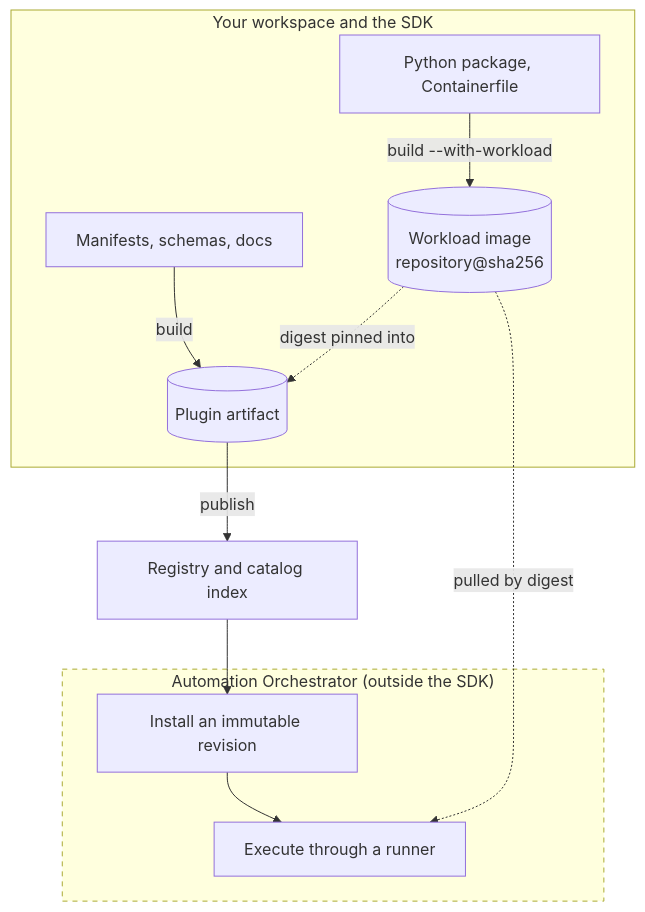
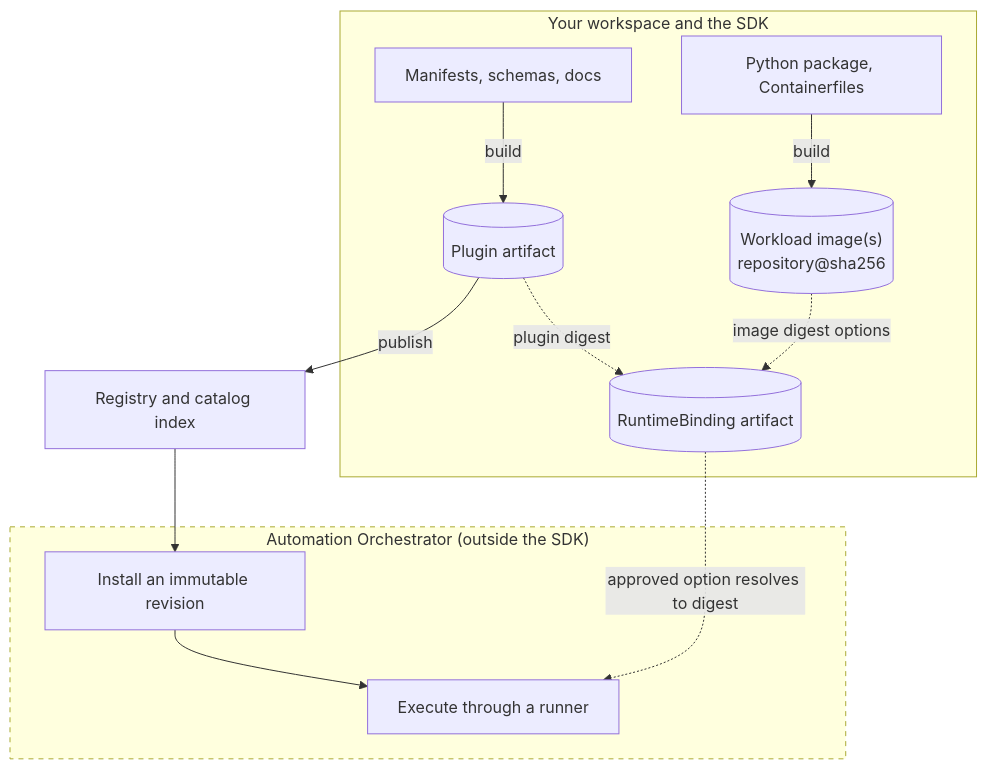
The ninth of 9 diagrams in docs/authoring-guide.md (syntara-orchestration/syntara-plugin-sdk), drawn with Mermaid before and after one commit. The commit also changed other lines of this file and 44 other files, not shown here.

Commit message:
feat(sdk): add runtime release bindings

````diff
--- a/docs/authoring-guide.md
+++ b/docs/authoring-guide.md
@@ -1080,17 +1074,18 @@
 ```mermaid
 flowchart TB
     accTitle: How a plugin moves from a workspace to execution
-    accDescr: The SDK builds a plugin artifact and an optional workload image and publishes them to a registry. Automation Orchestrator, outside the SDK, installs the release and runs the pinned image.
+    accDescr: The SDK builds a plugin artifact, a RuntimeBinding artifact, and one or more workload images, then publishes the exact release objects. Automation Orchestrator, outside the SDK, installs the release and resolves an approved image option.
     subgraph sdk["Your workspace and the SDK"]
         src["Manifests, schemas, docs"] -->|build| art[("Plugin artifact")]
-        code["Python package, Containerfile"] -->|"build --with-workload"| img[("Workload image<br/>repository@sha256")]
-        img -.->|digest pinned into| art
+        code["Python package, Containerfiles"] -->|build| img[("Workload image(s)<br/>repository@sha256")]
+        art -.->|plugin digest| bind[("RuntimeBinding artifact")]
+        img -.->|image digest options| bind
     end
     art -->|publish| reg["Registry and catalog index"]
     subgraph ao["Automation Orchestrator (outside the SDK)"]
         install["Install an immutable revision"] --> exec["Execute through a runner"]
     end
     reg --> install
-    img -.->|pulled by digest| exec
+    bind -.->|approved option resolves to digest| exec
     style ao stroke-dasharray: 5 5
 ```
````
